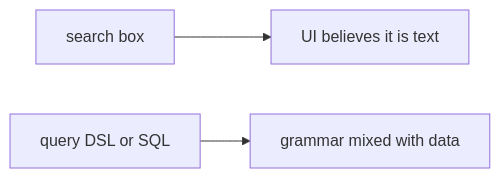
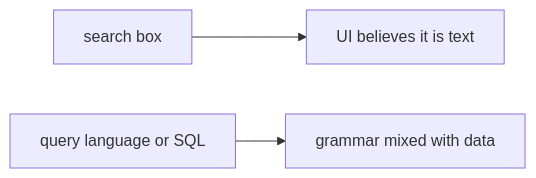
The diagram in content/modules/5/5.5/lessons/07-transfer.md (ishitvagoel/LearnSecurity), drawn with Mermaid before and after one commit. The commit also changed other lines of this file and 39 other files, not shown here.

````diff
--- a/content/modules/5/5.5/lessons/07-transfer.md
+++ b/content/modules/5/5.5/lessons/07-transfer.md
@@ -26,5 +25,5 @@
 ```mermaid
 flowchart LR
   Box[search box] --> Belief[UI believes it is text]
-  DSL[query DSL or SQL] --> Reality[grammar mixed with data]
+  DSL[query language or SQL] --> Reality[grammar mixed with data]
 ```
````
